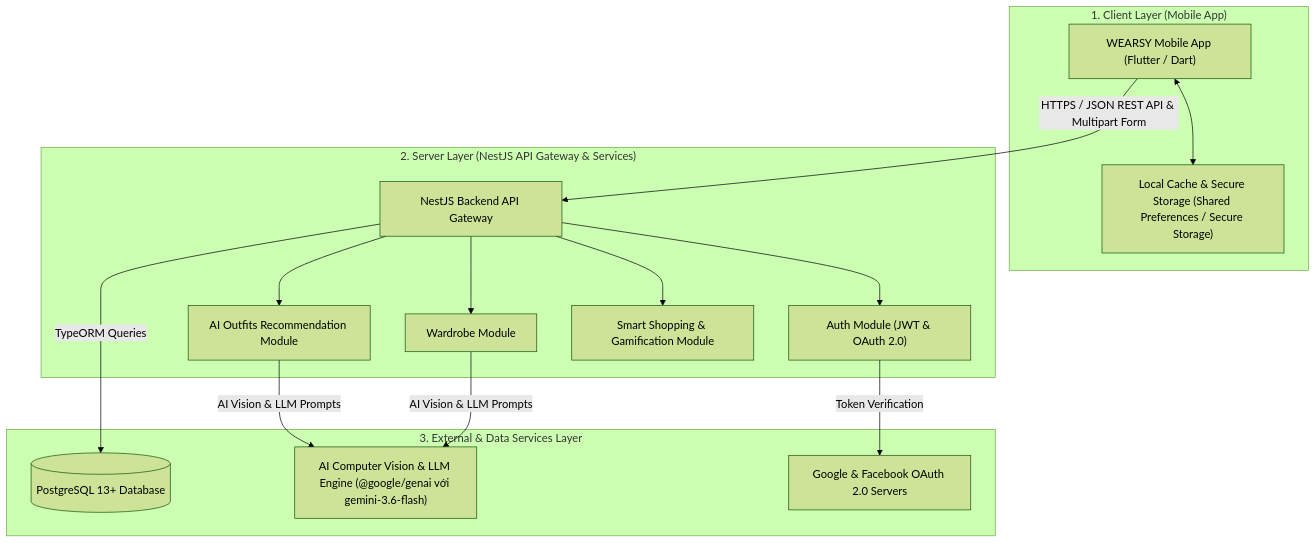
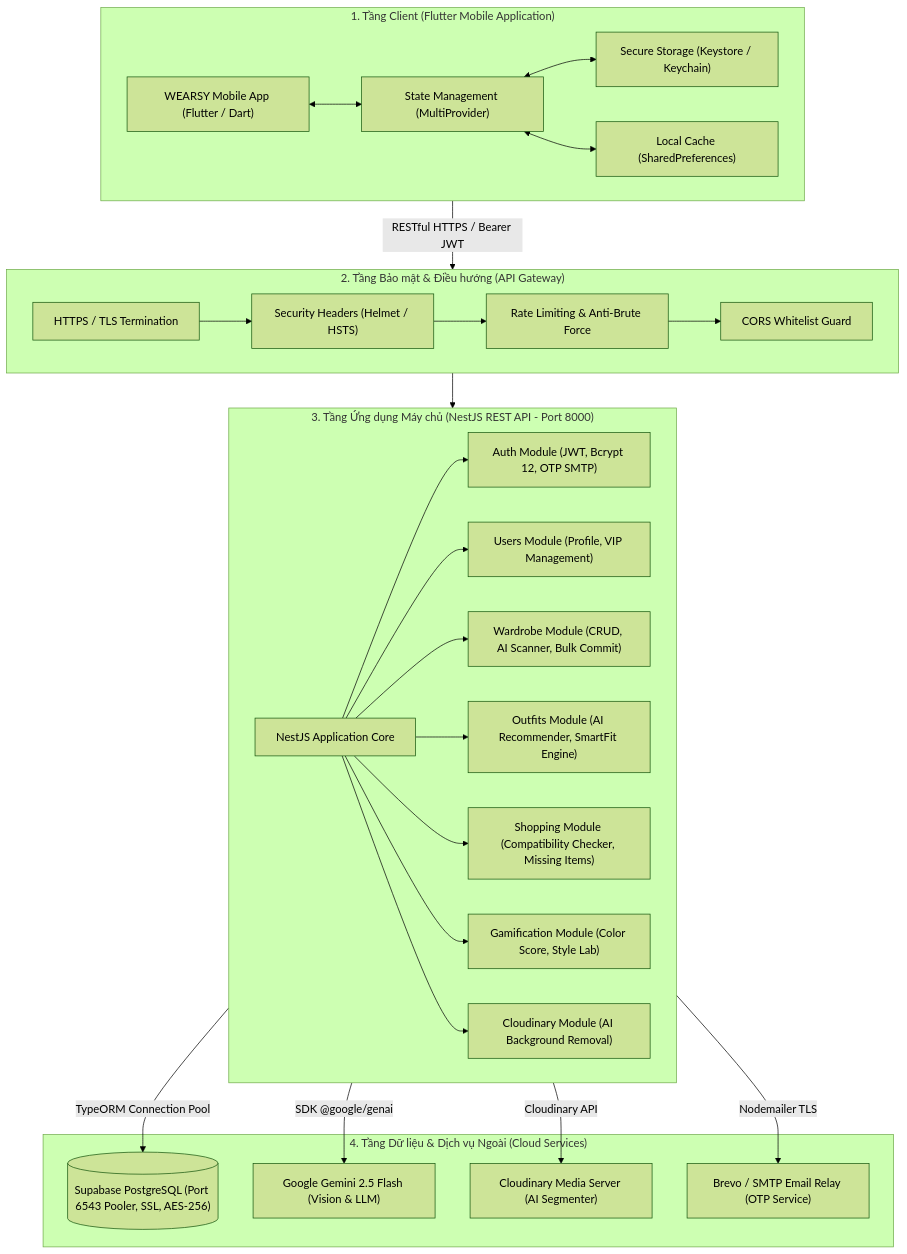
Before and after one commit to Vinhan05/Wearsy: the first of 5 diagrams in docs/TECHNICAL_DOCUMENTATION.md, drawn with Mermaid (forest theme). The commit also changed other lines of this file and 77 other files, not shown here.

````diff
--- a/docs/TECHNICAL_DOCUMENTATION.md
+++ b/docs/TECHNICAL_DOCUMENTATION.md
@@ -31,32 +35,55 @@
 ```mermaid
 flowchart TD
-    subgraph ClientLayer ["1. Client Layer (Mobile App)"]
-        FlutterApp["WEARSY Mobile App (Flutter / Dart)"]
-        LocalCache["Local Cache & Secure Storage (Shared Preferences / Secure Storage)"]
-        FlutterApp <--> LocalCache
+    subgraph ClientLayer ["1. Tầng Client (Flutter Mobile Application)"]
+        MobileApp["WEARSY Mobile App (Flutter / Dart)"]
+        StateMgmt["State Management (MultiProvider)"]
+        SecureStorage["Secure Storage (Keystore / Keychain)"]
+        LocalCache["Local Cache (SharedPreferences)"]
+        
+        MobileApp <--> StateMgmt
+        StateMgmt <--> SecureStorage
+        StateMgmt <--> LocalCache
     end
 
-    subgraph ServerLayer ["2. Server Layer (NestJS API Gateway & Services)"]
-        NestApp["NestJS Backend API Gateway"]
-        AuthModule["Auth Module (JWT & OAuth 2.0)"]
-        WardrobeModule["Wardrobe Module"]
-        OutfitModule["AI Outfits Recommendation Module"]
-        ShoppingModule["Smart Shopping & Gamification Module"]
+    subgraph GatewayLayer ["2. Tầng Bảo mật & Điều hướng (API Gateway)"]
+        ReverseProxy["HTTPS / TLS Termination"]
+        Helmet["Security Headers (Helmet / HSTS)"]
+        Throttler["Rate Limiting & Anti-Brute Force"]
+        Cors["CORS Whitelist Guard"]
         
-        NestApp --> AuthModule
-        NestApp --> WardrobeModule
-        NestApp --> OutfitModule
-        NestApp --> ShoppingModule
+        ReverseProxy --> Helmet --> Throttler --> Cors
     end
 
-    subgraph ServiceLayer ["3. External & Data Services Layer"]
-        PostgreSQL[("PostgreSQL 13+ Database")]
-        AIEngine["AI Computer Vision & LLM Engine (@google/genai với gemini-3.6-flash)"]
-        OAuthProviders["Google & Facebook OAuth 2.0 Servers"]
+    subgraph ServerLayer ["3. Tầng Ứng dụng Máy chủ (NestJS REST API - Port 8000)"]
+        NestCore["NestJS Application Core"]
+        AuthMod["Auth Module (JWT, Bcrypt 12, OTP SMTP)"]
+        UsersMod["Users Module (Profile, VIP Management)"]
+        WardrobeMod["Wardrobe Module (CRUD, AI Scanner, Bulk Commit)"]
+        OutfitMod["Outfits Module (AI Recommender, SmartFit Engine)"]
+        ShoppingMod["Shopping Module (Compatibility Checker, Missing Items)"]
+        GamificationMod["Gamification Module (Color Score, Style Lab)"]
+        CloudinaryMod["Cloudinary Module (AI Background Removal)"]
+
+        NestCore --> AuthMod
+        NestCore --> UsersMod
+        NestCore --> WardrobeMod
+        NestCore --> OutfitMod
+        NestCore --> ShoppingMod
+        NestCore --> GamificationMod
+        NestCore --> CloudinaryMod
     end
 
-    FlutterApp -- "HTTPS / JSON REST API & Multipart Form" --> NestApp
-    NestApp -- "TypeORM Queries" --> PostgreSQL
-    OutfitModule & WardrobeModule -- "AI Vision & LLM Prompts" --> AIEngine
-    AuthModule -- "Token Verification" --> OAuthProviders
+    subgraph DataLayer ["4. Tầng Dữ liệu & Dịch vụ Ngoài (Cloud Services)"]
+        PostgresDB[("Supabase PostgreSQL (Port 6543 Pooler, SSL, AES-256)")]
+        GeminiVision["Google Gemini 2.5 Flash (Vision & LLM)"]
+        CloudinaryCDN["Cloudinary Media Server (AI Segmenter)"]
+        SMTPRelay["Brevo / SMTP Email Relay (OTP Service)"]
+    end
+
+    ClientLayer -- "RESTful HTTPS / Bearer JWT" --> GatewayLayer
+    GatewayLayer --> ServerLayer
+    ServerLayer -- "TypeORM Connection Pool" --> PostgresDB
+    ServerLayer -- "SDK @google/genai" --> GeminiVision
+    ServerLayer -- "Cloudinary API" --> CloudinaryCDN
+    ServerLayer -- "Nodemailer TLS" --> SMTPRelay
 ```
````
